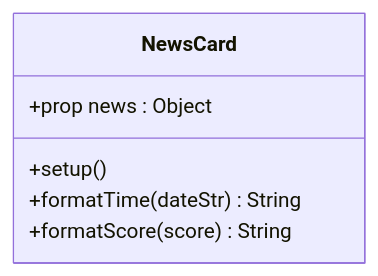
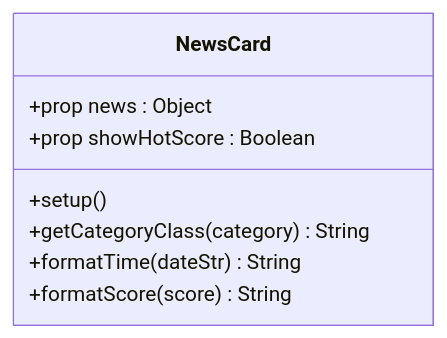
The fourth of 6 diagrams in .qoder/repowiki/en/content/Frontend Application/Frontend Application.md (zbw-zbw/news-aggregator), drawn with Mermaid before and after one commit. The commit also changed other lines of this file and 9 other files, not shown here.

````diff
--- a/.qoder/repowiki/en/content/Frontend Application/Frontend Application.md
+++ b/.qoder/repowiki/en/content/Frontend Application/Frontend Application.md
@@ -178,9 +227,11 @@
 ```mermaid
 classDiagram
 class NewsCard {
 +prop news : Object
++prop showHotScore : Boolean
 +setup()
++getCategoryClass(category) String
 +formatTime(dateStr) String
 +formatScore(score) String
 }
 ```
````
